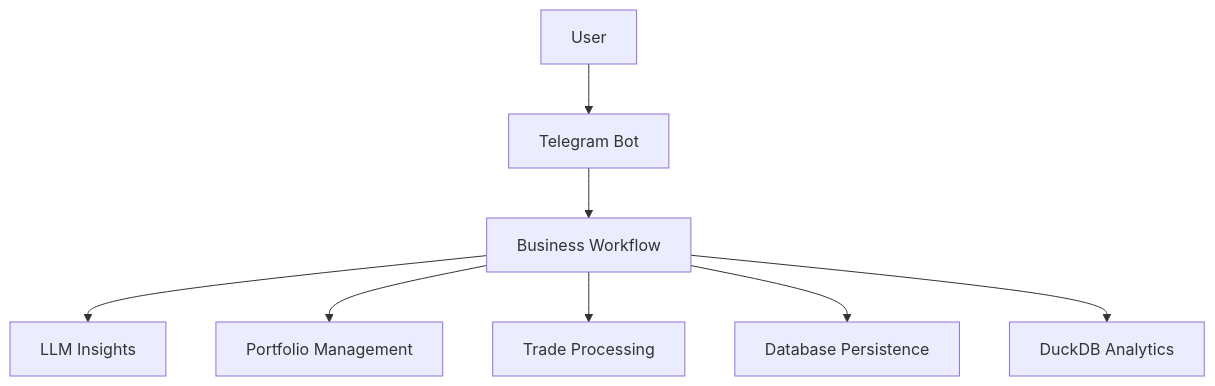
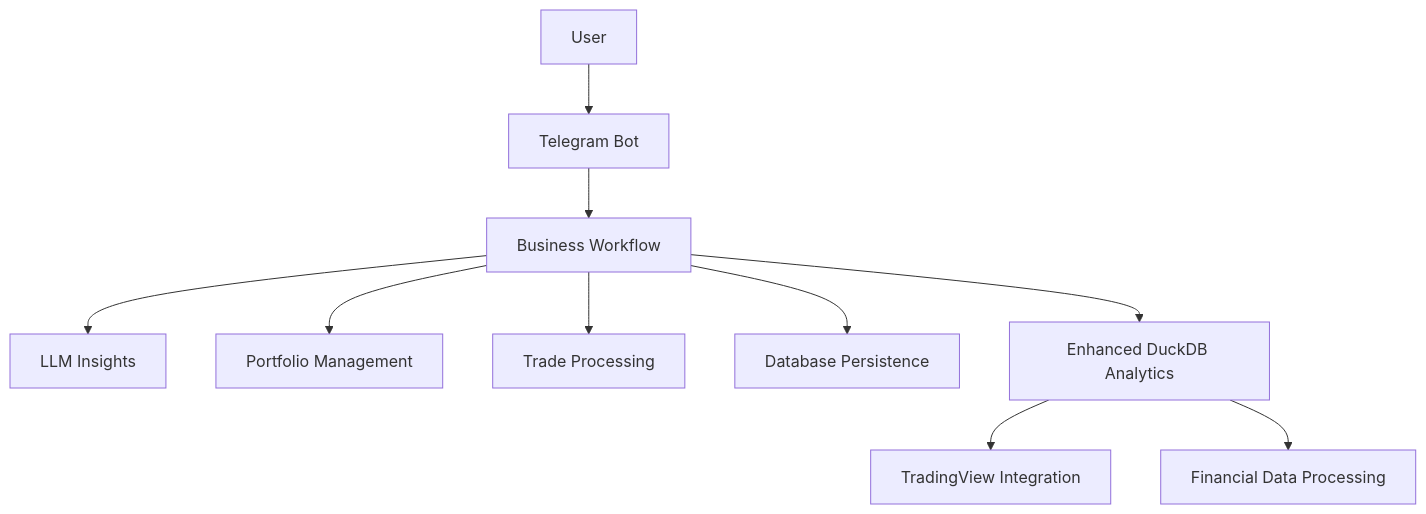
The tenth of 11 diagrams in .qoder/repowiki/en/content/Core Components/Analysis Framework.md (ZengSeng/telegram-bot), drawn with Mermaid before and after one commit. The commit also changed other lines of this file and 24 other files, not shown here.

````diff
--- a/.qoder/repowiki/en/content/Core Components/Analysis Framework.md
+++ b/.qoder/repowiki/en/content/Core Components/Analysis Framework.md
@@ -374,10 +436,12 @@
 ```mermaid
 graph TB
 User["User"] --> Telegram["Telegram Bot"]
 Telegram --> Workflow["Business Workflow"]
 Workflow --> AI["LLM Insights"]
 Workflow --> Portfolio["Portfolio Management"]
 Workflow --> Trades["Trade Processing"]
 Workflow --> Storage["Database Persistence"]
-Workflow --> Analytics["DuckDB Analytics"]
+Workflow --> Analytics["Enhanced DuckDB Analytics"]
+Analytics --> TradingView["TradingView Integration"]
+Analytics --> FinancialData["Financial Data Processing"]
 ```
````
